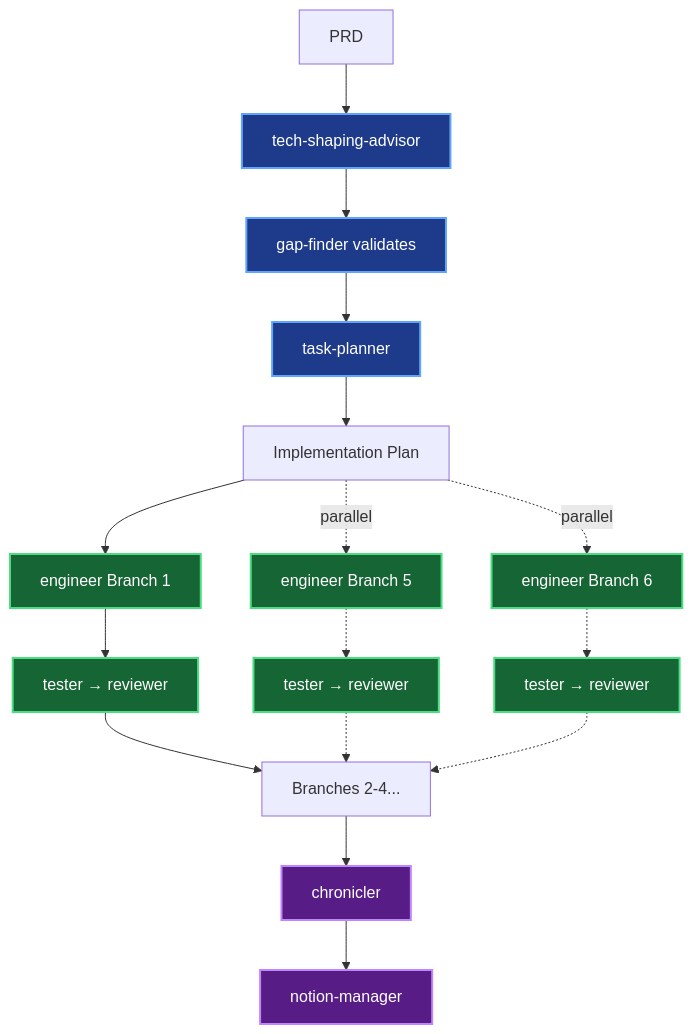
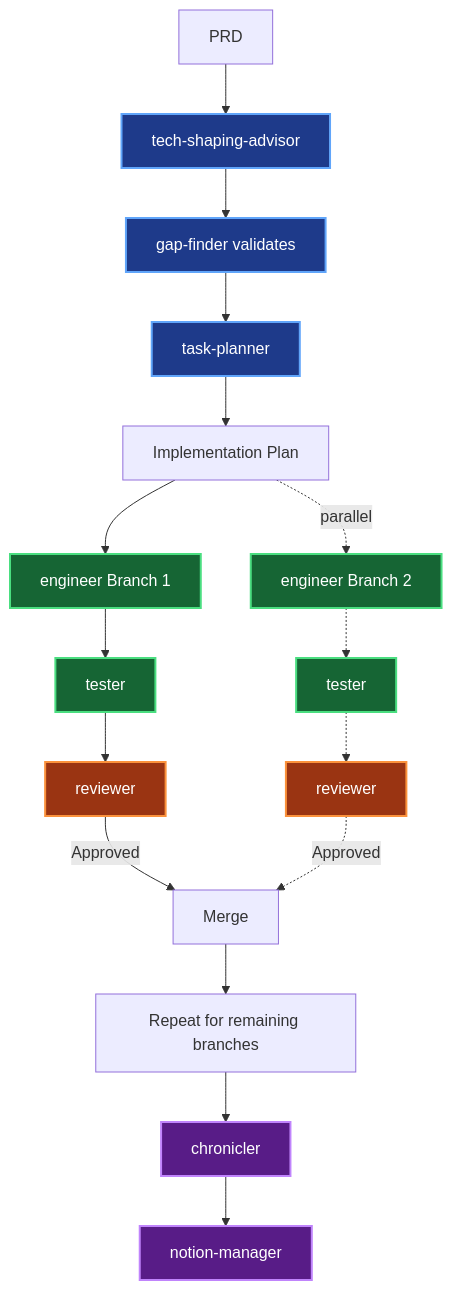
Before and after one commit to andymai/claude-agent-team: the diagram in README.md, drawn with Mermaid.

Commit message:
Clarify workflow diagram - show complete cycle
- Show full engineer → tester → reviewer → merge cycle
- Clearer parallel execution (Branch 1 solid, Branch 2 dotted)
- Replace confusing 'Branches 2-4...' with 'Repeat for remaining branches'

````diff
--- a/README.md
+++ b/README.md
@@ -96,31 +96,33 @@
 ```mermaid
 graph TD
     A[PRD] --> B[tech-shaping-advisor]
     B --> C[gap-finder validates]
     C --> D[task-planner]
     D --> E[Implementation Plan]
 
     E --> F[engineer Branch 1]
-    E -.->|parallel| G[engineer Branch 5]
-    E -.->|parallel| H[engineer Branch 6]
+    E -.->|parallel| G[engineer Branch 2]
 
-    F --> I[tester → reviewer]
-    G -.-> J[tester → reviewer]
-    H -.-> K[tester → reviewer]
+    F --> H[tester]
+    G -.-> I[tester]
 
-    I --> L[Branches 2-4...]
-    J -.-> L
-    K -.-> L
+    H --> J[reviewer]
+    I -.-> K[reviewer]
 
-    L --> M[chronicler]
-    M --> N[notion-manager]
+    J -->|Approved| L[Merge]
+    K -.->|Approved| L
+
+    L --> M[Repeat for remaining branches]
+    M --> N[chronicler]
+    N --> O[notion-manager]
 
     classDef planning fill:#1e3a8a,stroke:#60a5fa,stroke-width:2px,color:#fff
     classDef implementing fill:#166534,stroke:#4ade80,stroke-width:2px,color:#fff
     classDef reviewing fill:#9a3412,stroke:#fb923c,stroke-width:2px,color:#fff
     classDef documenting fill:#581c87,stroke:#c084fc,stroke-width:2px,color:#fff
 
     class B,C,D planning
-    class F,G,H,I,J,K implementing
-    class M,N documenting
+    class F,G,H,I implementing
+    class J,K reviewing
+    class N,O documenting
 ```
````
